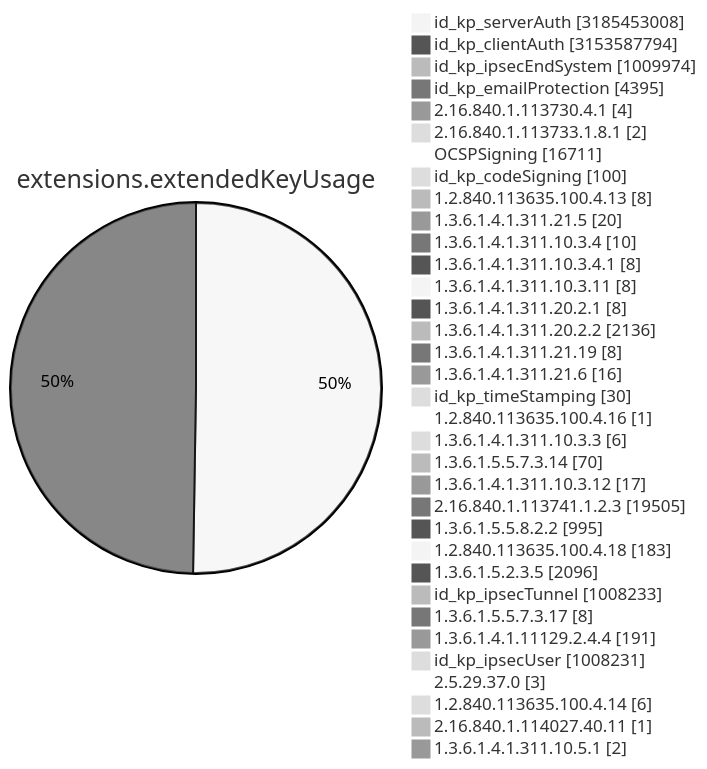
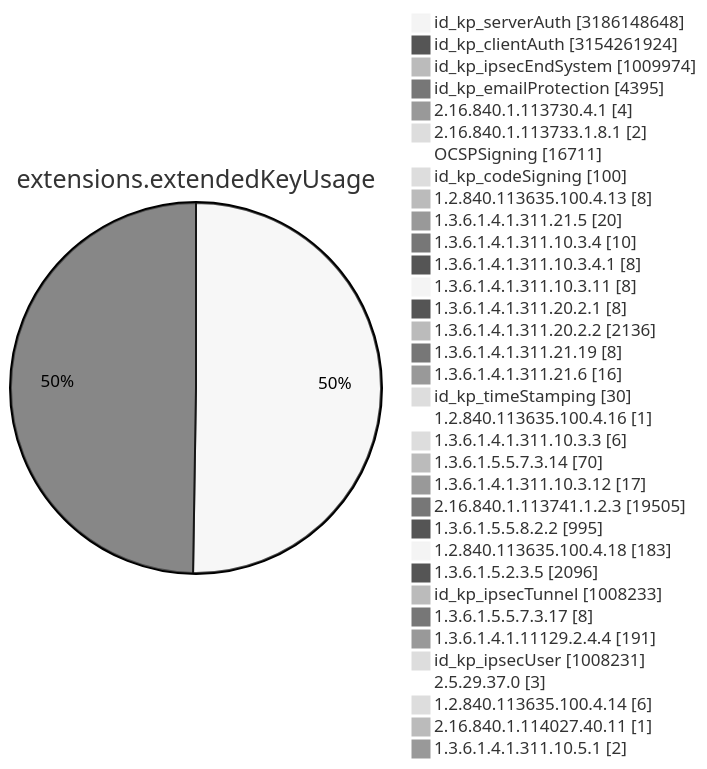
Before and after one commit to christiankrug/ctmonitor_visualization: diagram 11 of 15 in TOTAL/README.md, drawn with Mermaid (neutral theme). The commit also changed other lines of this file, not shown here.

````diff
--- a/TOTAL/README.md
+++ b/TOTAL/README.md
@@ -4119,38 +4119,38 @@
 ```mermaid
 pie showData
 title extensions.extendedKeyUsage
-"id_kp_serverAuth" :3185453008
-"id_kp_clientAuth" :3153587794
+"id_kp_serverAuth" :3186148648
+"id_kp_clientAuth" :3154261924
 "id_kp_ipsecEndSystem" :1009974
 "id_kp_emailProtection" :4395
 "2.16.840.1.113730.4.1" :4
 "2.16.840.1.113733.1.8.1" :2
 "OCSPSigning" :16711
 "id_kp_codeSigning" :100
 "1.2.840.113635.100.4.13" :8
 "1.3.6.1.4.1.311.21.5" :20
 "1.3.6.1.4.1.311.10.3.4" :10
 "1.3.6.1.4.1.311.10.3.4.1" :8
 "1.3.6.1.4.1.311.10.3.11" :8
 "1.3.6.1.4.1.311.20.2.1" :8
 "1.3.6.1.4.1.311.20.2.2" :2136
 "1.3.6.1.4.1.311.21.19" :8
 "1.3.6.1.4.1.311.21.6" :16
 "id_kp_timeStamping" :30
 "1.2.840.113635.100.4.16" :1
 "1.3.6.1.4.1.311.10.3.3" :6
 "1.3.6.1.5.5.7.3.14" :70
 "1.3.6.1.4.1.311.10.3.12" :17
 "2.16.840.1.113741.1.2.3" :19505
 "1.3.6.1.5.5.8.2.2" :995
 "1.2.840.113635.100.4.18" :183
 "1.3.6.1.5.2.3.5" :2096
 "id_kp_ipsecTunnel" :1008233
 "1.3.6.1.5.5.7.3.17" :8
 "1.3.6.1.4.1.11129.2.4.4" :191
 "id_kp_ipsecUser" :1008231
 "2.5.29.37.0" :3
 "1.2.840.113635.100.4.14" :6
 "2.16.840.1.114027.40.11" :1
 "1.3.6.1.4.1.311.10.5.1" :2
 ```
````
